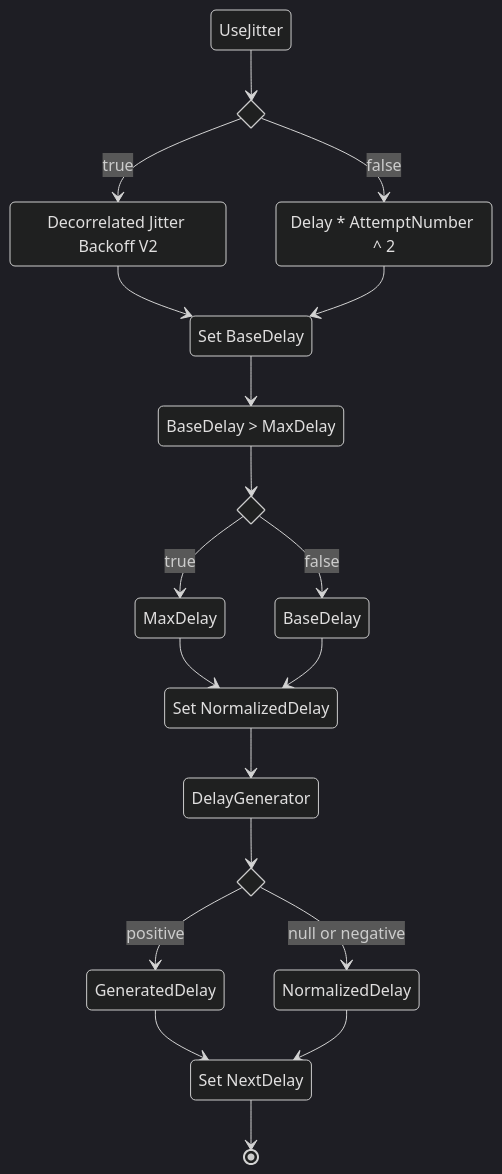
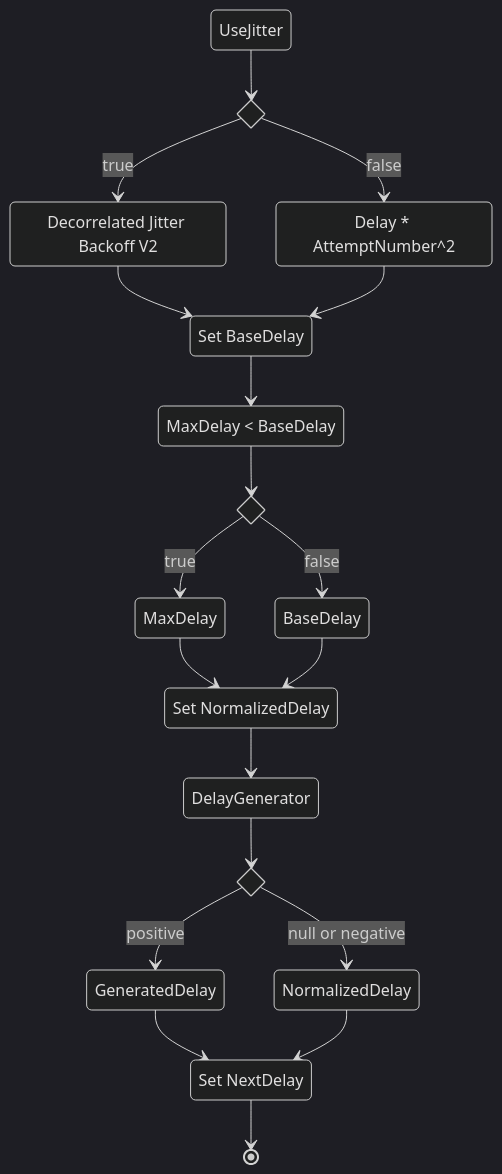
The third of 5 diagrams in docs/strategies/retry.md (App-vNext/Polly), drawn with Mermaid (dark theme) before and after one commit. The commit also changed other lines of this file, not shown here.

````diff
--- a/docs/strategies/retry.md
+++ b/docs/strategies/retry.md
@@ -230,35 +230,35 @@
 ```mermaid
 stateDiagram-v2
 
     state if_state_step1 <<choice>>
     state if_state_step2 <<choice>>
     state if_state_step3 <<choice>>
 
-    exponential: Delay * AttemptNumber ^ 2
+    exponential: Delay * AttemptNumber^2
     exponentialWJitter: Decorrelated Jitter Backoff V2
-    compare: BaseDelay > MaxDelay
+    compare: MaxDelay < BaseDelay
     setBase: Set BaseDelay
     setNormalized: Set NormalizedDelay
     setNext: Set NextDelay
 
     UseJitter --> if_state_step1
     if_state_step1 --> exponentialWJitter:true
     if_state_step1 --> exponential: false
     exponentialWJitter --> setBase
     exponential --> setBase
 
     setBase --> compare
     compare --> if_state_step2
     if_state_step2 --> MaxDelay: true
     if_state_step2 --> BaseDelay: false
     MaxDelay --> setNormalized
     BaseDelay --> setNormalized
 
     setNormalized --> DelayGenerator
     DelayGenerator --> if_state_step3
     if_state_step3 --> GeneratedDelay: positive
     if_state_step3 --> NormalizedDelay: null or negative
     GeneratedDelay --> setNext
     NormalizedDelay --> setNext
     setNext --> [*]
 ```
````
